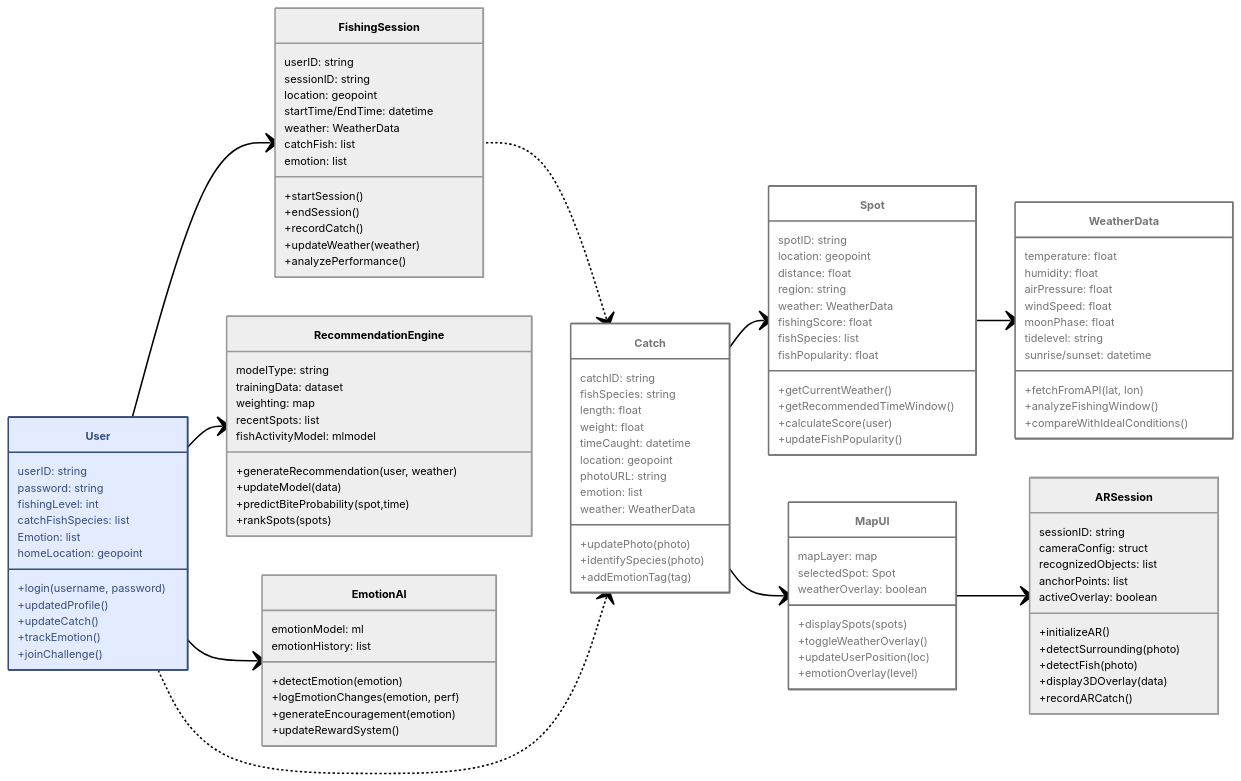
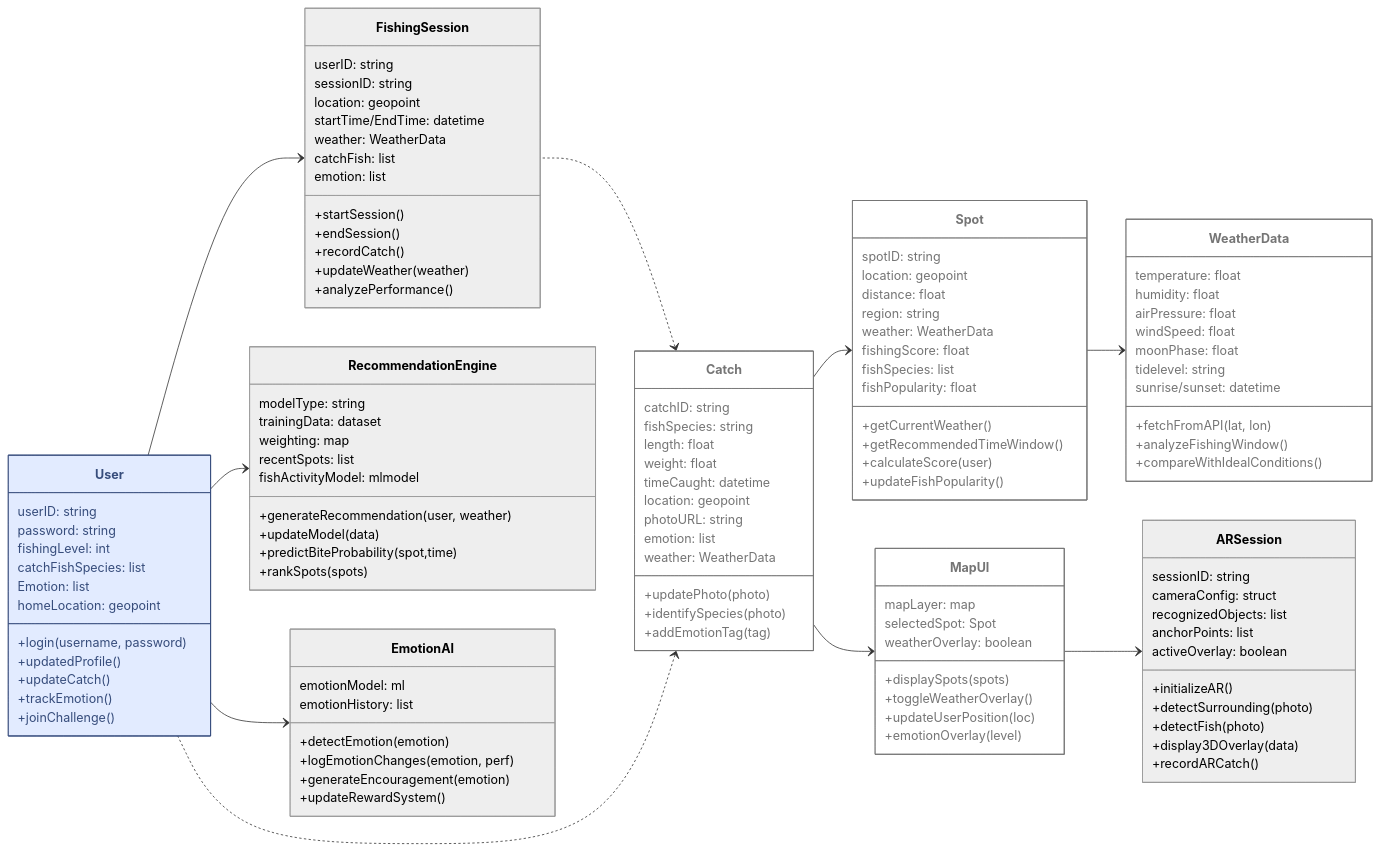
Before and after one commit to cakkrie/Specialization_Project: the diagram in uml-diagram.mmd, drawn with Mermaid. The commit also changed 3 other files, not shown here.

```diff
--- a/uml-diagram.mmd
+++ b/uml-diagram.mmd
@@ -1,148 +1,143 @@
----
-config:
-  theme: redux
-  layout: dagre
----
 classDiagram
     direction RL
     
     class RecommendationEngine {
         modelType: string
         trainingData: dataset
         weighting: map
         recentSpots: list
         fishActivityModel: mlmodel
         +generateRecommendation(user, weather)
         +updateModel(data)
         +predictBiteProbability(spot,time)
         +rankSpots(spots)
     }
     
     class Spot {
         spotID: string
         location: geopoint
         distance: float
         region: string
         weather: WeatherData
         fishingScore: float
         fishSpecies: list
         fishPopularity: float
         +getCurrentWeather()
         +getRecommendedTimeWindow()
         +calculateScore(user)
         +updateFishPopularity()
     }
     
     class Catch {
         catchID: string
         fishSpecies: string
         length: float
         weight: float
         timeCaught: datetime
         location: geopoint
         photoURL: string
         emotion: list
         weather: WeatherData
         +updatePhoto(photo)
         +identifySpecies(photo)
         +addEmotionTag(tag)
     }
     
     class WeatherData {
         temperature: float
         humidity: float
         airPressure: float
         windSpeed: float
         moonPhase: float
         tidelevel: string
         sunrise/sunset: datetime
         +fetchFromAPI(lat, lon)
         +analyzeFishingWindow()
         +compareWithIdealConditions()
     }
     
     class User {
         userID: string
         password: string
         fishingLevel: int
         catchFishSpecies: list
         Emotion: list
         homeLocation: geopoint
         +login(username, password)
         +updatedProfile()
         +updateCatch()
         +trackEmotion()
         +joinChallenge()
     }
     
     class FishingSession {
         userID: string
         sessionID: string
         location: geopoint
         startTime/EndTime: datetime
         weather: WeatherData
         catchFish: list
         emotion: list
         +startSession()
         +endSession()
         +recordCatch()
         +updateWeather(weather)
         +analyzePerformance()
     }
     
     class EmotionAI {
         emotionModel: ml
         emotionHistory: list
         +detectEmotion(emotion)
         +logEmotionChanges(emotion, perf)
         +generateEncouragement(emotion)
         +updateRewardSystem()
     }
     
     class MapUI {
         mapLayer: map
         selectedSpot: Spot
         weatherOverlay: boolean
         +displaySpots(spots)
         +toggleWeatherOverlay()
         +updateUserPosition(loc)
         +emotionOverlay(level)
     }
     
     class ARSession {
         sessionID: string
         cameraConfig: struct
         recognizedObjects: list
         anchorPoints: list
         activeOverlay: boolean
         +initializeAR()
         +detectSurrounding(photo)
         +detectFish(photo)
         +display3DOverlay(data)
         +recordARCatch()
     }
     
     FishingSession <-- User
     RecommendationEngine <-- User
     EmotionAI <-- User
     Catch <.. User
     Spot <-- Catch
     WeatherData <-- Spot
     Catch <.. FishingSession
     MapUI <-- Catch
     ARSession <-- MapUI
     
     class RecommendationEngine:::Ash
     class Spot:::normal_class
     class Catch:::normal_class
     class WeatherData:::normal_class
     class User:::Sky
     class FishingSession:::Ash
     class EmotionAI:::Ash
     class MapUI:::normal_class
     class ARSession:::Ash
     
     classDef Aqua stroke:#46EDC8, fill:#DEFFF8, color:#378E7A
     classDef Sky stroke:#374D7C, fill:#E2EBFF, color:#374D7C
     classDef Ash stroke:#999999, fill:#EEEEEE, color:#000000
     classDef normal_class stroke:#757575, fill:#FFFFFF, color:#757575
```
